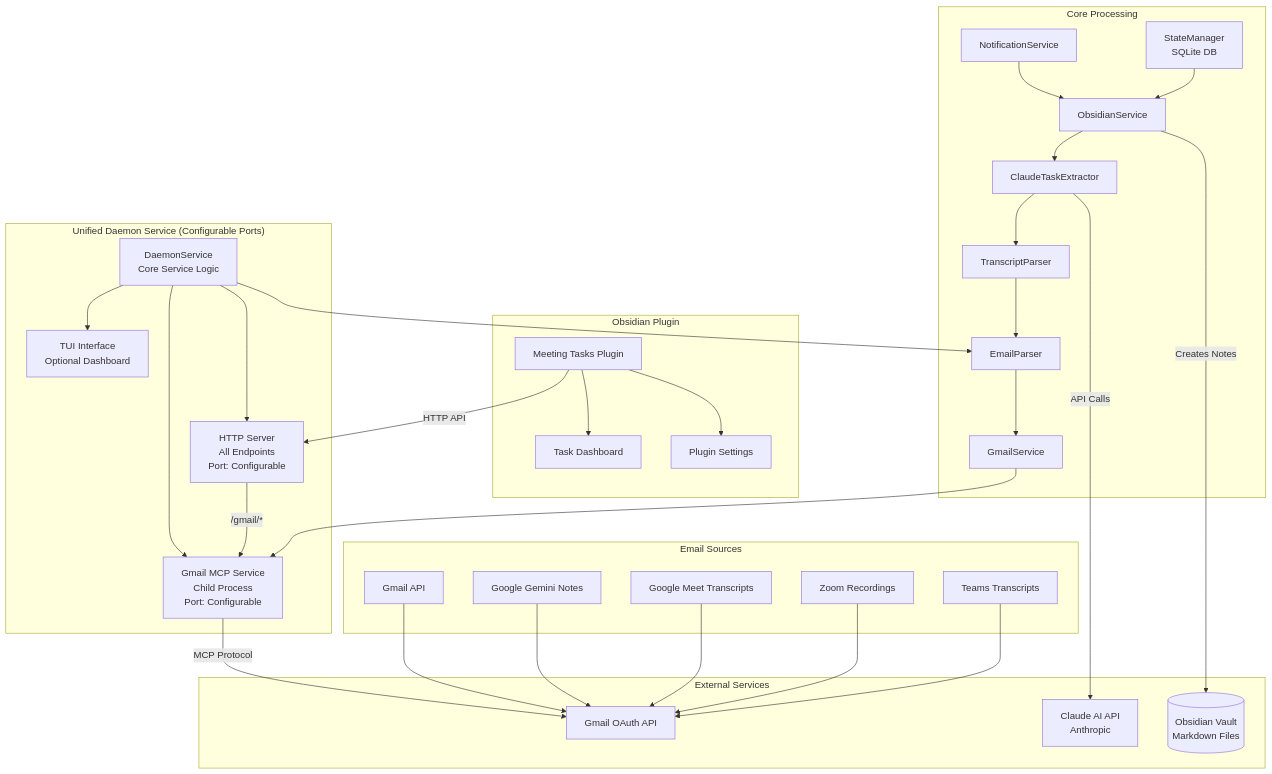
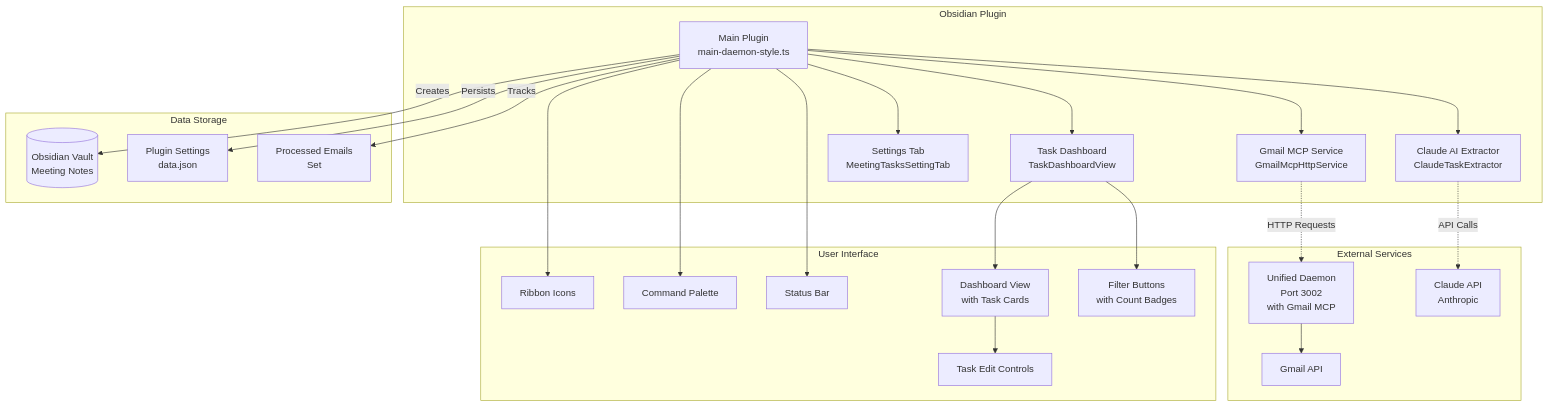
The first of 2 diagrams in docs/system-architecture.md (jimallen/TasksAgent), drawn with Mermaid before and after one commit. The commit also changed other lines of this file and 156 other files, not shown here.

First line of the commit message:
refactor: convert project to standalone Obsidian plugin

````diff
--- a/docs/system-architecture.md
+++ b/docs/system-architecture.md
@@ -9,67 +9,42 @@
 ```mermaid
 graph TB
-    subgraph "Email Sources"
-        GM[Gmail API]
-        GN[Google Gemini Notes]
-        GT[Google Meet Transcripts]
-        ZM[Zoom Recordings]
-        TM[Teams Transcripts]
-    end
-    
-    subgraph "Unified Daemon Service (Configurable Ports)"
-        DS[DaemonService<br/>Core Service Logic]
-        GMCP[Gmail MCP Service<br/>Child Process<br/>Port: Configurable]
-        HTTP[HTTP Server<br/>All Endpoints<br/>Port: Configurable]
-        TUI[TUI Interface<br/>Optional Dashboard]
-        
-        DS --> GMCP
-        DS --> HTTP
-        DS --> TUI
-        HTTP --> |/gmail/*| GMCP
-    end
-    
     subgraph "Obsidian Plugin"
-        OPLUGIN[Meeting Tasks Plugin]
-        DASH[Task Dashboard]
-        SETTINGS[Plugin Settings]
-        
-        OPLUGIN --> |HTTP API| HTTP
-        OPLUGIN --> DASH
-        OPLUGIN --> SETTINGS
-    end
-    
-    subgraph "Core Processing"
-        GS[GmailService]
-        EP[EmailParser]
-        TP[TranscriptParser]
-        CE[ClaudeTaskExtractor]
-        OS[ObsidianService]
-        NS[NotificationService]
-        SM[StateManager<br/>SQLite DB]
+        A[Main Plugin<br/>main-daemon-style.ts] --> B[Gmail MCP Service<br/>GmailMcpHttpService]
+        A --> C[Claude AI Extractor<br/>ClaudeTaskExtractor]
+        A --> D[Task Dashboard<br/>TaskDashboardView]
+        A --> E[Settings Tab<br/>MeetingTasksSettingTab]
     end
     
     subgraph "External Services"
-        GMAIL[Gmail OAuth API]
-        CLAUDE[Claude AI API<br/>Anthropic]
-        OBS[(Obsidian Vault<br/>Markdown Files)]
+        F[Unified Daemon<br/>Port 3002<br/>with Gmail MCP] --> G[Gmail API]
+        H[Claude API<br/>Anthropic]
     end
     
-    GMCP --> |MCP Protocol| GMAIL
-    GS --> GMCP
-    EP --> GS
-    TP --> EP
-    CE --> |API Calls| CLAUDE
-    CE --> TP
-    OS --> CE
-    OS --> |Creates Notes| OBS
-    NS --> OS
-    SM --> OS
+    subgraph "Data Storage"
+        I[(Obsidian Vault<br/>Meeting Notes)]
+        J[Plugin Settings<br/>data.json]
+        K[Processed Emails<br/>Set]
+    end
     
-    DS --> EP
+    B -.->|HTTP Requests| F
+    C -.->|API Calls| H
+    A -->|Creates| I
+    A -->|Persists| J
+    A -->|Tracks| K
     
-    GM --> GMAIL
-    GN --> GMAIL
-    GT --> GMAIL
-    ZM --> GMAIL
-    TM --> GMAIL
+    subgraph "User Interface"
+        L[Ribbon Icons]
+        M[Command Palette]
+        N[Status Bar]
+        O[Dashboard View<br/>with Task Cards]
+        P[Task Edit Controls]
+        Q[Filter Buttons<br/>with Count Badges]
+    end
+    
+    A --> L
+    A --> M
+    A --> N
+    D --> O
+    O --> P
+    D --> Q
 ```
````
